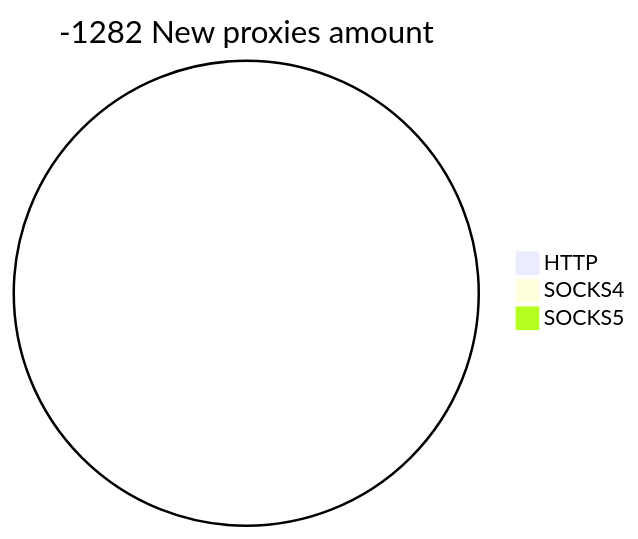
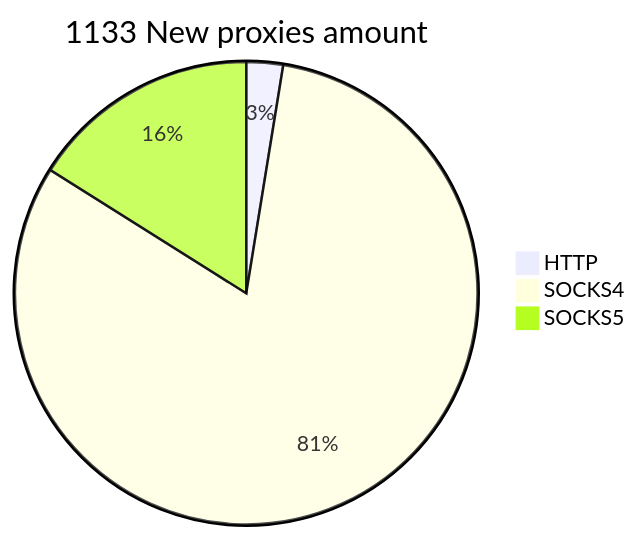
The second of 2 diagrams in README.md (cutipu/proxylist), drawn with Mermaid before and after one commit. The commit also changed other lines of this file, not shown here.

````diff
--- a/README.md
+++ b/README.md
@@ -10,6 +10,6 @@
 ```mermaid
-pie title -1282 New proxies amount
-    "HTTP" : 0
-    "SOCKS4" : 0
-    "SOCKS5" : 0
+pie title 1133 New proxies amount
+    "HTTP" : 29
+    "SOCKS4" : 922
+    "SOCKS5" : 182
 ```
````
